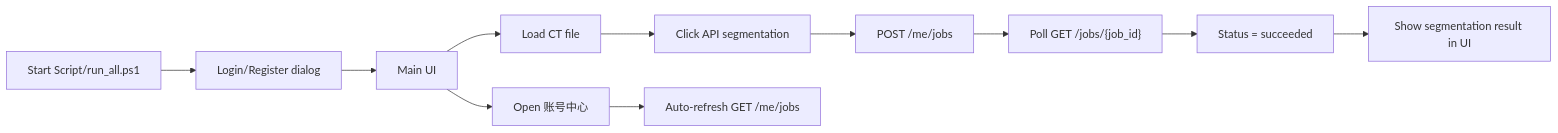
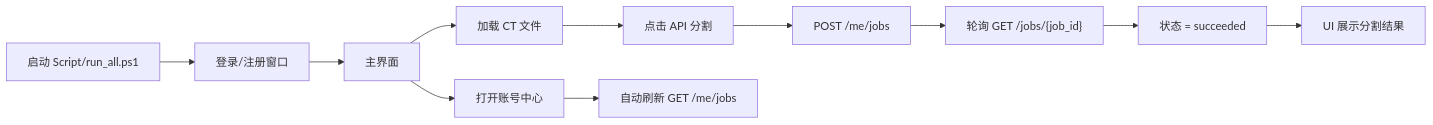
The diagram in README.md (Ansel-Yu22/3DLiverTumorSegmentation), drawn with Mermaid before and after one commit. The commit also changed other lines of this file, not shown here.

````diff
--- a/README.md
+++ b/README.md
@@ -45,13 +67,13 @@
 ```mermaid
 flowchart LR
-  A["Start Script/run_all.ps1"] --> B["Login/Register dialog"]
-  B --> C["Main UI"]
-  C --> D["Load CT file"]
-  D --> E["Click API segmentation"]
+  A["启动 Script/run_all.ps1"] --> B["登录/注册窗口"]
+  B --> C["主界面"]
+  C --> D["加载 CT 文件"]
+  D --> E["点击 API 分割"]
   E --> F["POST /me/jobs"]
-  F --> G["Poll GET /jobs/{job_id}"]
-  G --> H["Status = succeeded"]
-  H --> I["Show segmentation result in UI"]
-  C --> J["Open 账号中心"]
-  J --> K["Auto-refresh GET /me/jobs"]
+  F --> G["轮询 GET /jobs/{job_id}"]
+  G --> H["状态 = succeeded"]
+  H --> I["UI 展示分割结果"]
+  C --> J["打开账号中心"]
+  J --> K["自动刷新 GET /me/jobs"]
 ```
````
